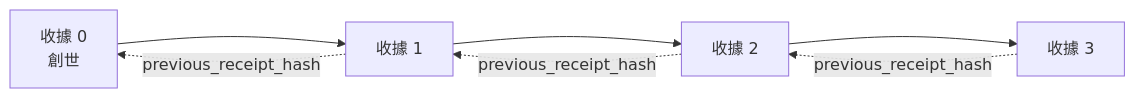
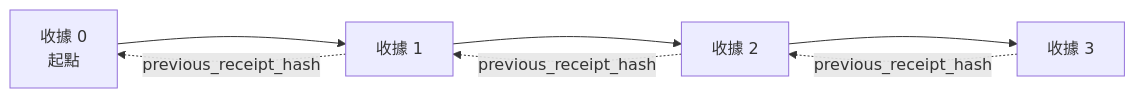
One commit to gabrielmoreira/agent-skills-mirror changed the second of 2 diagrams in mirrors/repos/microsoft@ai-agents-for-beginners/translations/zh-HK/18-securing-ai-agents/README.md. Above: the diagram before and after it, drawn with Mermaid. The commit also changed other lines of this file and 4262 other files, not shown here.

````diff
--- a/mirrors/repos/microsoft@ai-agents-for-beginners/translations/zh-HK/18-securing-ai-agents/README.md
+++ b/mirrors/repos/microsoft@ai-agents-for-beginners/translations/zh-HK/18-securing-ai-agents/README.md
@@ -206,9 +203,9 @@
 ```mermaid
 flowchart LR
-    R0[收據 0<br/>創世] --> R1[收據 1]
+    R0[收據 0<br/>起點] --> R1[收據 1]
     R1 --> R2[收據 2]
     R2 --> R3[收據 3]
     R1 -. previous_receipt_hash .-> R0
     R2 -. previous_receipt_hash .-> R1
     R3 -. previous_receipt_hash .-> R2
 ```
````
